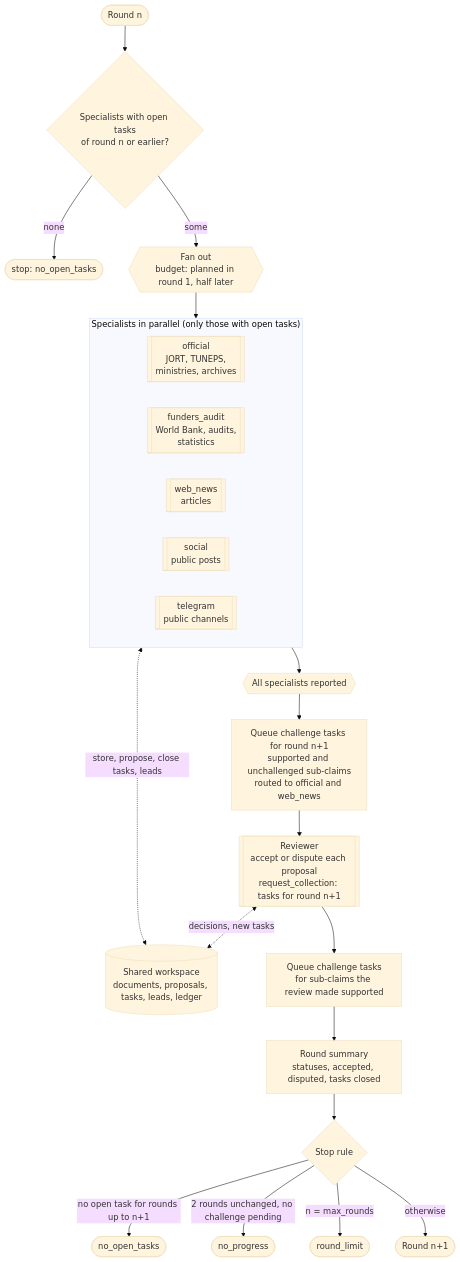
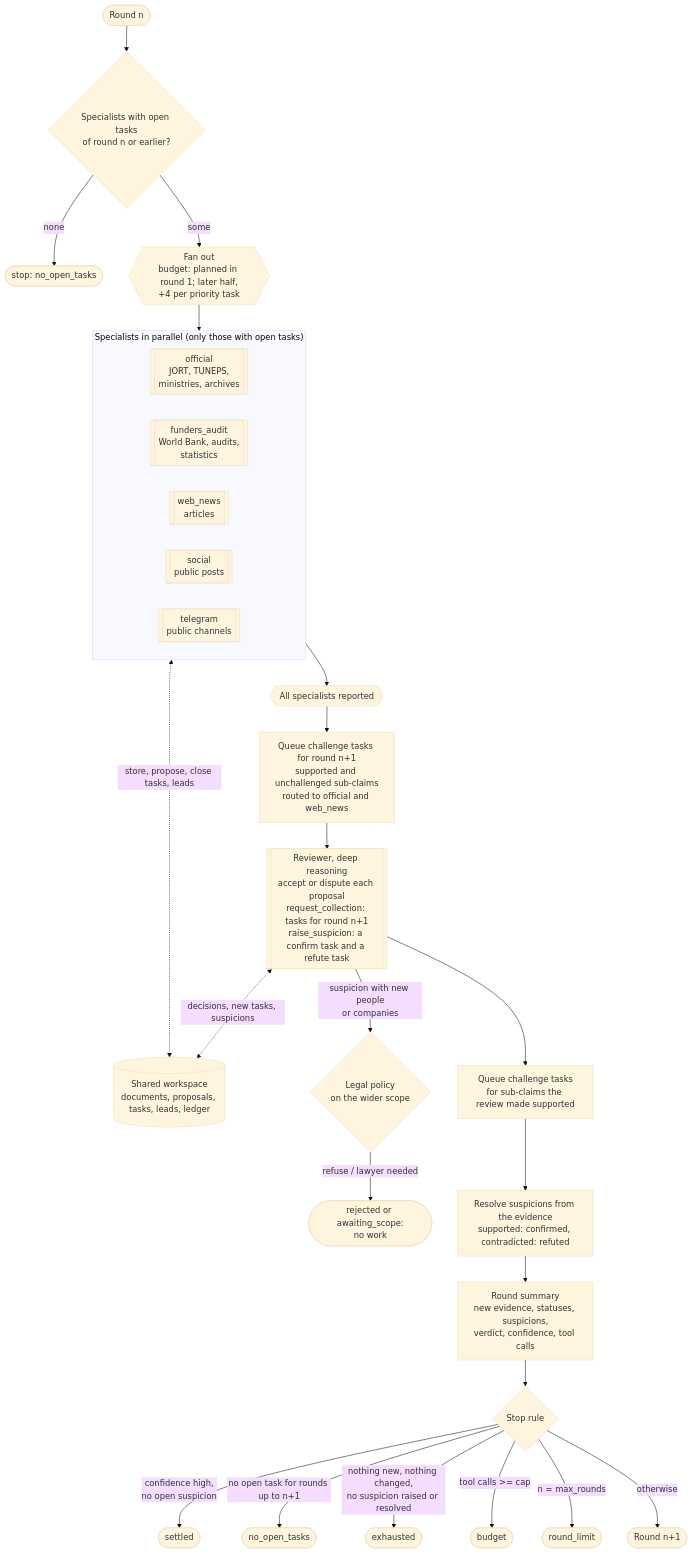
Before and after one commit to diya-thabet/Caligula: the second of 5 diagrams in docs/agent.md, drawn with Mermaid (base theme). The commit also changed other lines of this file and 2 other files, not shown here.

First line of the commit message:
docs: the investigation loop, suspicions and regression guards

````diff
--- a/docs/agent.md
+++ b/docs/agent.md
@@ -65,27 +65,32 @@
 ```mermaid
 flowchart TD
     START(["Round n"]) --> ACT{"Specialists with open tasks<br/>of round n or earlier?"}
     ACT -- none --> NONE(["stop: no_open_tasks"])
-    ACT -- some --> FORK{{"Fan out<br/>budget: planned in round 1, half later"}}
+    ACT -- some --> FORK{{"Fan out<br/>budget: planned in round 1; later half,<br/>+4 per priority task"}}
     FORK --> PAR
     subgraph PAR["Specialists in parallel (only those with open tasks)"]
         direction LR
         OFF[["official<br/>JORT, TUNEPS,<br/>ministries, archives"]]
         FUN[["funders_audit<br/>World Bank, audits,<br/>statistics"]]
         WEB[["web_news<br/>articles"]]
         SOC[["social<br/>public posts"]]
         TG[["telegram<br/>public channels"]]
     end
     PAR <-. "store, propose, close tasks, leads" .-> WS[("Shared workspace<br/>documents, proposals, tasks, leads, ledger")]
     PAR --> JOIN{{"All specialists reported"}}
     JOIN --> CH1["Queue challenge tasks for round n+1<br/>supported and unchallenged sub-claims<br/>routed to official and web_news"]
-    CH1 --> REV[["Reviewer<br/>accept or dispute each proposal<br/>request_collection: tasks for round n+1"]]
-    REV <-. "decisions, new tasks" .-> WS
+    CH1 --> REV[["Reviewer, deep reasoning<br/>accept or dispute each proposal<br/>request_collection: tasks for round n+1<br/>raise_suspicion: a confirm task and a refute task"]]
+    REV <-. "decisions, new tasks, suspicions" .-> WS
+    REV -- "suspicion with new people<br/>or companies" --> SCOPE{"Legal policy<br/>on the wider scope"}
+    SCOPE -- "refuse / lawyer needed" --> HELD(["rejected or awaiting_scope:<br/>no work"])
     REV --> CH2["Queue challenge tasks<br/>for sub-claims the review made supported"]
-    CH2 --> SUM["Round summary<br/>statuses, accepted, disputed, tasks closed"]
+    CH2 --> RES["Resolve suspicions from the evidence<br/>supported: confirmed, contradicted: refuted"]
+    RES --> SUM["Round summary<br/>new evidence, statuses, suspicions,<br/>verdict, confidence, tool calls"]
     SUM --> RULE{"Stop rule"}
+    RULE -- "confidence high,<br/>no open suspicion" --> S0(["settled"])
     RULE -- "no open task for rounds up to n+1" --> S1(["no_open_tasks"])
-    RULE -- "2 rounds unchanged, no challenge pending" --> S2(["no_progress"])
+    RULE -- "nothing new, nothing changed,<br/>no suspicion raised or resolved" --> S2(["exhausted"])
+    RULE -- "tool calls >= cap" --> S4(["budget"])
     RULE -- "n = max_rounds" --> S3(["round_limit"])
     RULE -- otherwise --> NEXT(["Round n+1"])
 ```
````
